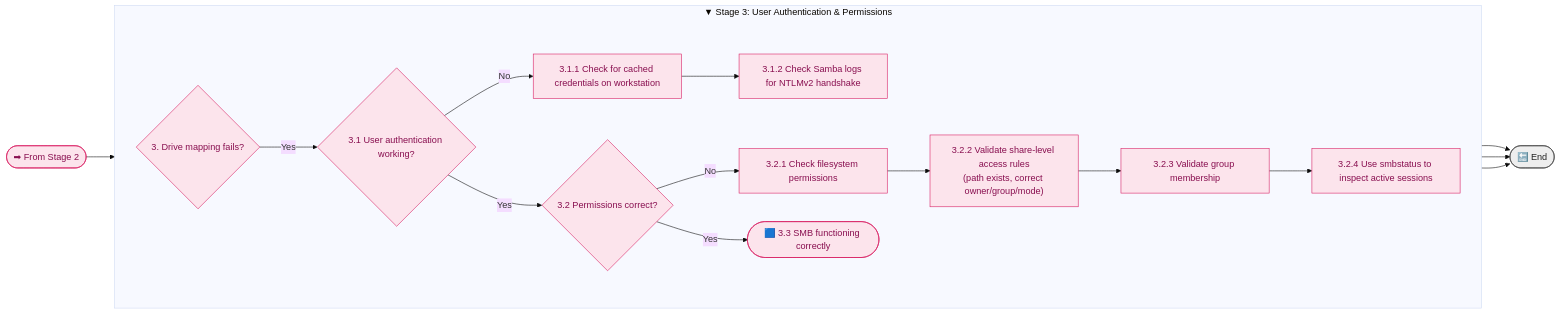
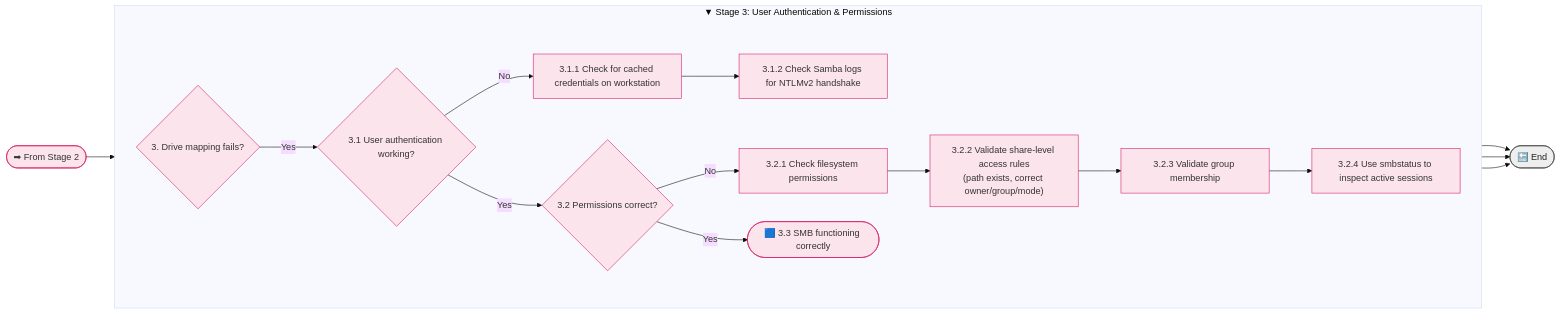
One commit to rikosintie/Haas_Data_collect changed the second of 2 diagrams in docs/appendices/img/stage3.md. Above: the diagram before and after it, drawn with Mermaid (base theme). The commit also changed other lines of this file and 2 other files, not shown here.

Commit message:
Git Title: docs/appendices/img/stage1.md, stage2.md, stage3.md
Git Description:
Changed color of text to be easier to read

````diff
--- a/docs/appendices/img/stage3.md
+++ b/docs/appendices/img/stage3.md
@@ -29,43 +29,43 @@
 ```mermaid
 
 flowchart LR
 
     %% Styles
-    classDef stage3 fill:#fce4ec,stroke:#d81b60,stroke-width:1px,color:#880e4f;
-    classDef terminal fill:#eeeeee,stroke:#424242,color:#212121,stroke-width:1px;
+    classDef stage3 fill:#fce4ec,stroke:#d81b60,stroke-width:1px,color:#880e4f !important;
+    classDef terminal fill:#eeeeee,stroke:#424242,color:#212121,stroke-width:1px !important;
 
     %% Stage 3 Entry
     A([➡ From Stage 2]) --> D{3. Drive mapping fails?}
     class A,D stage3
 
     %% Stage 3
     subgraph Stage3 [▼ Stage 3: User Authentication & Permissions]
         direction LR
 
         %% Tier 1 — Authentication
         D -->|Yes| E{3.1 User authentication working?}
 
         %% Only meaningful workstation-side checks remain
         E -->|No| E1[3.1.1 Check for cached credentials on workstation]
         E1 --> E2[3.1.2 Check Samba logs for NTLMv2 handshake]
 
         %% Tier 2 — Permissions
         E -->|Yes| F{3.2 Permissions correct?}
 
         F -->|No| F1[3.2.1 Check filesystem permissions]
         F1 --> F2["3.2.2 Validate share-level access rules\n(path exists, correct owner/group/mode)"]
         F2 --> F3[3.2.3 Validate group membership]
         F3 --> F4[3.2.4 Use smbstatus to inspect active sessions]
 
         %% Success
         F -->|Yes| G([🟦 3.3 SMB functioning correctly])
     end
 
     class E,E1,E2,F,F1,F2,F3,F4,G stage3
 
     %% Endpoints
     E2 --> Z([🔚 End])
     F4 --> Z
     G --> Z
     class Z terminal
 ```
````
